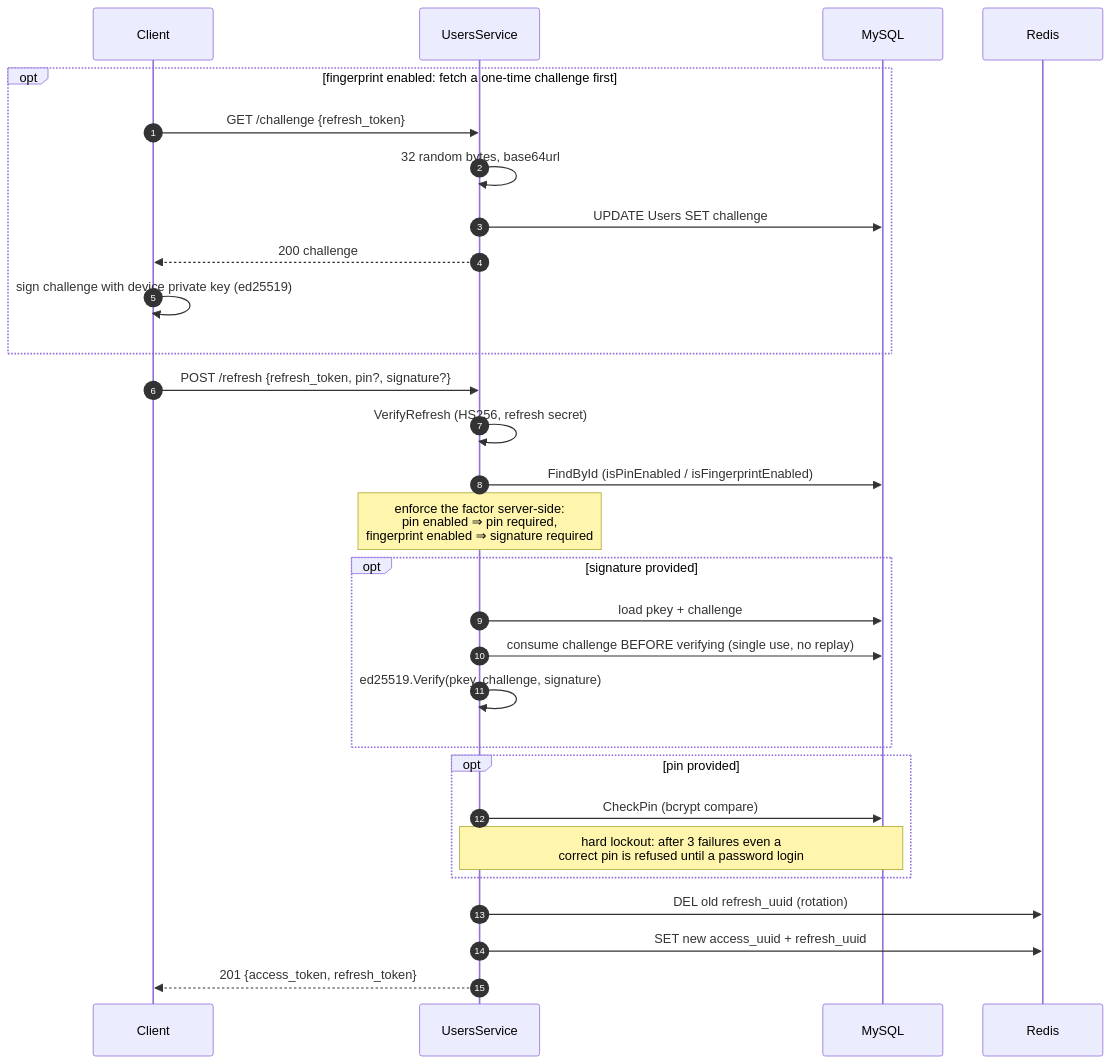
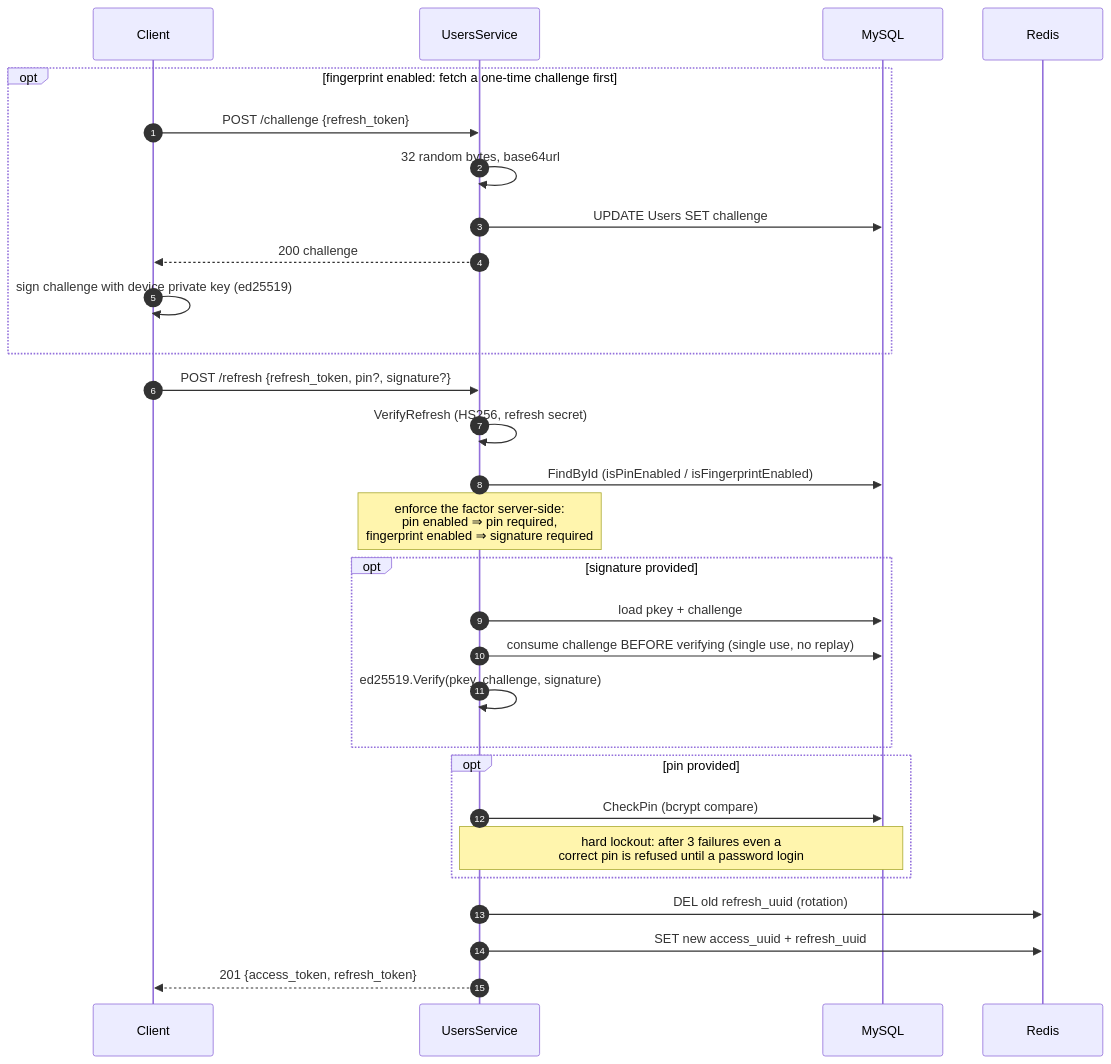
One commit to alkariin/homl changed the third of 4 diagrams in homl-web/docs/auth-flows.md. Above: the diagram before and after it, drawn with Mermaid. The commit also changed other lines of this file and 4 other files, not shown here.

````diff
--- a/homl-web/docs/auth-flows.md
+++ b/homl-web/docs/auth-flows.md
@@ -102,35 +102,35 @@
 ```mermaid
 sequenceDiagram
     autonumber
     participant C as Client
     participant S as UsersService
     participant M as MySQL
     participant R as Redis
 
     opt fingerprint enabled: fetch a one-time challenge first
-        C->>S: GET /challenge {refresh_token}
+        C->>S: POST /challenge {refresh_token}
         S->>S: 32 random bytes, base64url
         S->>M: UPDATE Users SET challenge
         S-->>C: 200 challenge
         C->>C: sign challenge with device private key (ed25519)
     end
 
     C->>S: POST /refresh {refresh_token, pin?, signature?}
     S->>S: VerifyRefresh (HS256, refresh secret)
     S->>M: FindById (isPinEnabled / isFingerprintEnabled)
     Note over S: enforce the factor server-side:<br/>pin enabled ⇒ pin required,<br/>fingerprint enabled ⇒ signature required
 
     opt signature provided
         S->>M: load pkey + challenge
         S->>M: consume challenge BEFORE verifying (single use, no replay)
         S->>S: ed25519.Verify(pkey, challenge, signature)
     end
     opt pin provided
         S->>M: CheckPin (bcrypt compare)
         Note over S,M: hard lockout: after 3 failures even a<br/>correct pin is refused until a password login
     end
 
     S->>R: DEL old refresh_uuid (rotation)
     S->>R: SET new access_uuid + refresh_uuid
     S-->>C: 201 {access_token, refresh_token}
 ```
````
